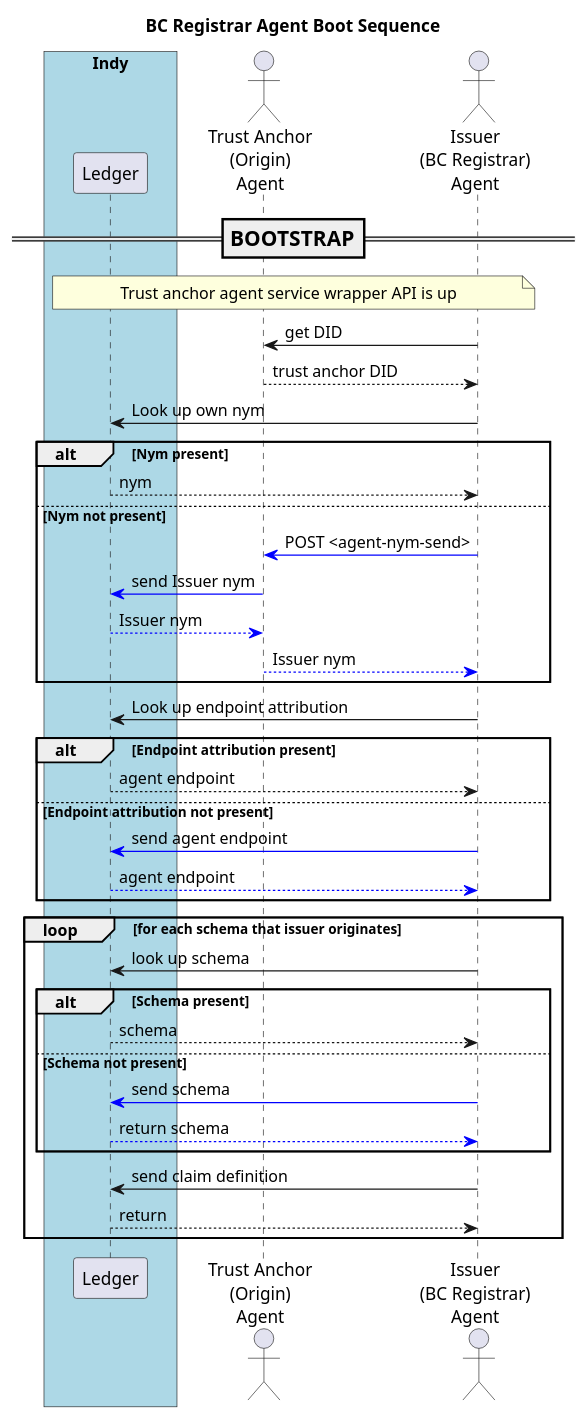
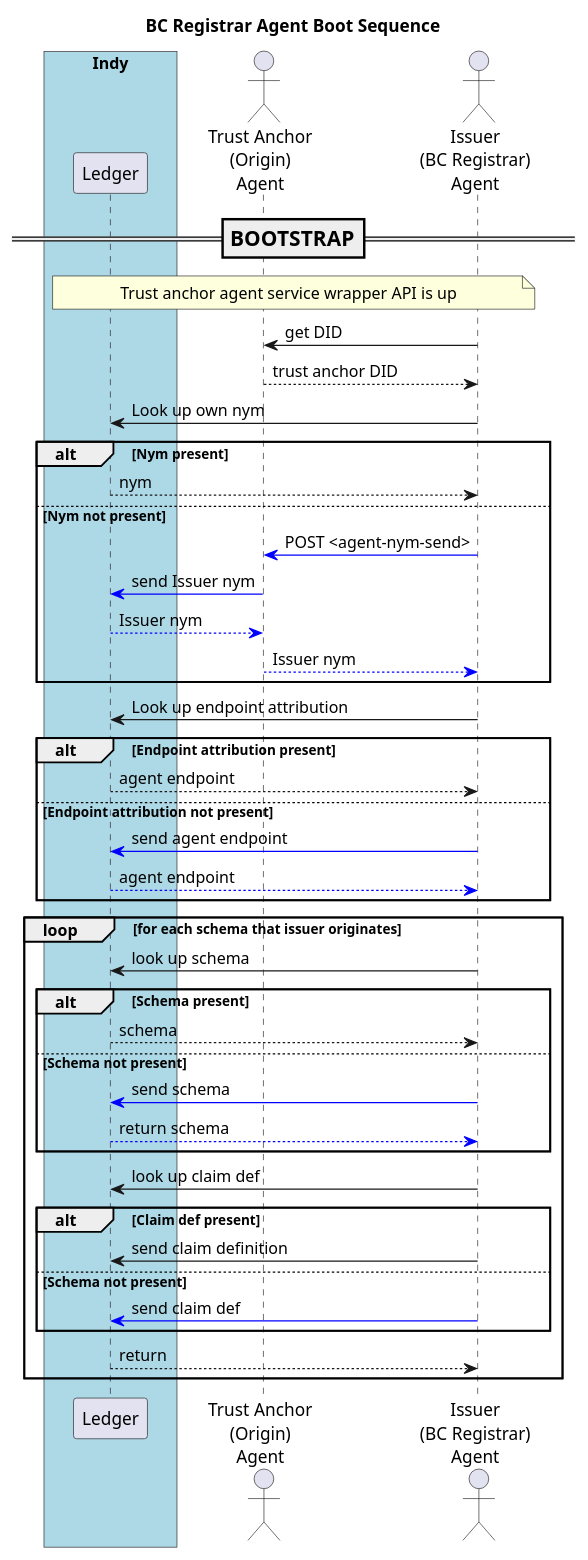
The diagram in doc/pic/src/boot.bcrag.puml (PSPC-SPAC-buyandsell/von_base), drawn with PlantUML before and after one commit. The commit also changed 3 other files, not shown here.

Commit message:
send claim defs only when not present on ledger

```diff
--- a/doc/pic/src/boot.bcrag.puml
+++ b/doc/pic/src/boot.bcrag.puml
@@ -1,69 +1,75 @@
 @startuml
 /'
 Copyright 2017-2018 Government of Canada - Public Services and Procurement Canada - buyandsell.gc.ca
 
 Licensed under the Apache License, Version 2.0 (the "License");
 you may not use this file except in compliance with the License.
 You may obtain a copy of the License at
 
 http://www.apache.org/licenses/LICENSE-2.0
 
 Unless required by applicable law or agreed to in writing, software
 distributed under the License is distributed on an "AS IS" BASIS,
 WITHOUT WARRANTIES OR CONDITIONS OF ANY KIND, either express or implied.
 See the License for the specific language governing permissions and
 limitations under the License.
 '/
 
 skinparam ParticipantPadding 20
 skinparam BaloxPadding 20
 
 title BC Registrar Agent Boot Sequence
 
 
 box "Indy" #LightBlue
     participant "Ledger" as ledger
 endbox
 actor "Trust Anchor\n(Origin)\nAgent" as tag
 actor "Issuer\n(BC Registrar)\nAgent" as bcrag
 
 === BOOTSTRAP ==
 note over ledger, bcrag
 Trust anchor agent service wrapper API is up
 endnote
 
 bcrag -> tag: get DID
 tag --> bcrag: trust anchor DID
 
 bcrag -> ledger: Look up own nym
 alt Nym present
     ledger --> bcrag: nym
 else Nym not present
     bcrag -[#blue]> tag: POST <agent-nym-send>
     tag -[#blue]> ledger: send Issuer nym
     ledger --[#blue]> tag: Issuer nym
     tag --[#blue]> bcrag: Issuer nym
 end
 
 bcrag -> ledger: Look up endpoint attribution
 alt Endpoint attribution present
     ledger --> bcrag: agent endpoint
 else Endpoint attribution not present
     bcrag -[#blue]> ledger: send agent endpoint
     ledger --[#blue]> bcrag: agent endpoint
 end
 
 loop for each schema that issuer originates
     bcrag -> ledger: look up schema
     alt Schema present
         ledger --> bcrag: schema
     else Schema not present
         bcrag -[#blue]> ledger: send schema
         ledger --[#blue]> bcrag: return schema
     end
 
-    bcrag -> ledger: send claim definition
+    bcrag -> ledger: look up claim def
+    alt Claim def present
+        bcrag -> ledger: send claim definition
+    else Schema not present
+        bcrag -[#blue]> ledger: send claim def
+    end
+
     ledger --> bcrag: return
 end
 
 @enduml
```
